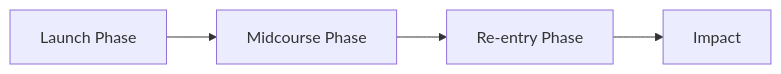
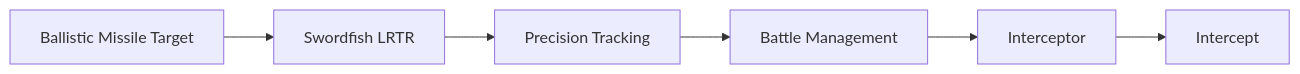
Before and after one commit to abhijitxroy/india: the third of 8 diagrams in 05-security/01-defence/strategic/ballistic-missile-defence.md, drawn with Mermaid. The commit also changed other lines of this file and 12 other files, not shown here.

````diff
--- a/05-security/01-defence/strategic/ballistic-missile-defence.md
+++ b/05-security/01-defence/strategic/ballistic-missile-defence.md
@@ -79,11 +228,15 @@
 ```mermaid
 flowchart LR
-    Launch[Launch Phase]
-    Midcourse[Midcourse Phase]
-    Reentry[Re-entry Phase]
-    Impact[Impact]
+    Target[Ballistic Missile Target]
+    Swordfish[Swordfish LRTR]
+    Tracking[Precision Tracking]
+    BMC[Battle Management]
+    Interceptor[Interceptor]
+    Kill[Intercept]
 
-    Launch --> Midcourse
-    Midcourse --> Reentry
-    Reentry --> Impact
+    Target --> Swordfish
+    Swordfish --> Tracking
+    Tracking --> BMC
+    BMC --> Interceptor
+    Interceptor --> Kill
 ```
````
